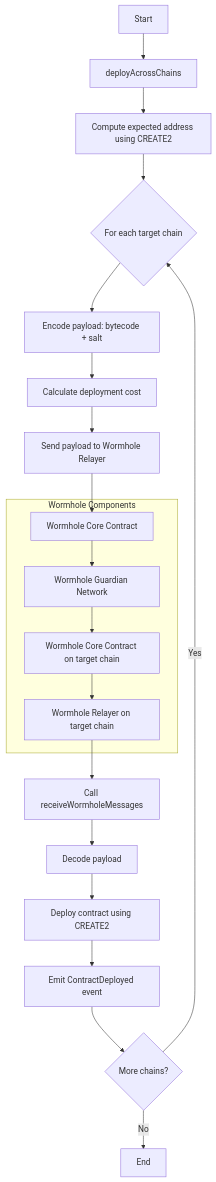
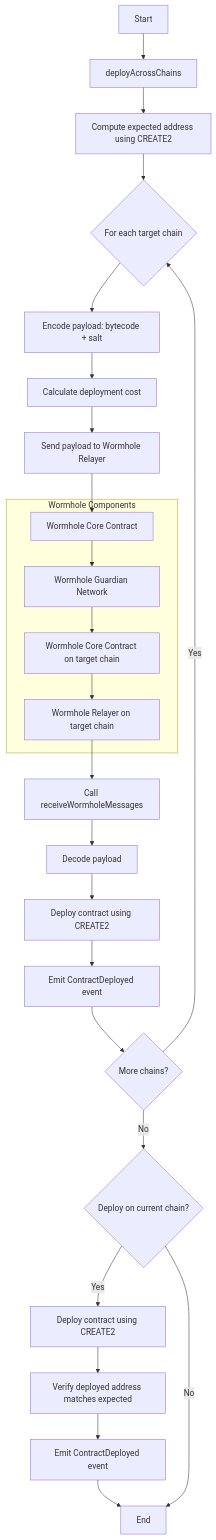
The diagram in contract-flow.md (startup-dreamer/worm-deployer), drawn with Mermaid before and after one commit. The commit also changed 2 other files, not shown here.

Commit message:
chore: modified the flow chart

````diff
--- a/contract-flow.md
+++ b/contract-flow.md
@@ -1,27 +3,31 @@
 ```mermaid
 flowchart TD
     A[Start] --> B[deployAcrossChains]
     B --> C[Compute expected address using CREATE2]
     C --> D{For each target chain}
     D --> E[Encode payload: bytecode + salt]
     E --> F[Calculate deployment cost]
     F --> G[Send payload to Wormhole Relayer]
     G --> H[Wormhole Core Contract]
     H --> I[Wormhole Guardian Network]
     I --> J[Wormhole Core Contract on target chain]
     J --> K[Wormhole Relayer on target chain]
     K --> L[Call receiveWormholeMessages]
     L --> M[Decode payload]
     M --> N[Deploy contract using CREATE2]
     N --> P[Emit ContractDeployed event]
     P --> Q{More chains?}
     Q -->|Yes| D
-    Q -->|No| R[End]
-
+    Q -->|No| S{Deploy on current chain?}
+    S -->|Yes| T[Deploy contract using CREATE2]
+    T --> U[Verify deployed address matches expected]
+    U --> V[Emit ContractDeployed event]
+    V --> R[End]
+    S -->|No| R[End]
     subgraph Wormhole Components
     H
     I
     J
     K
     end
 ```
````
